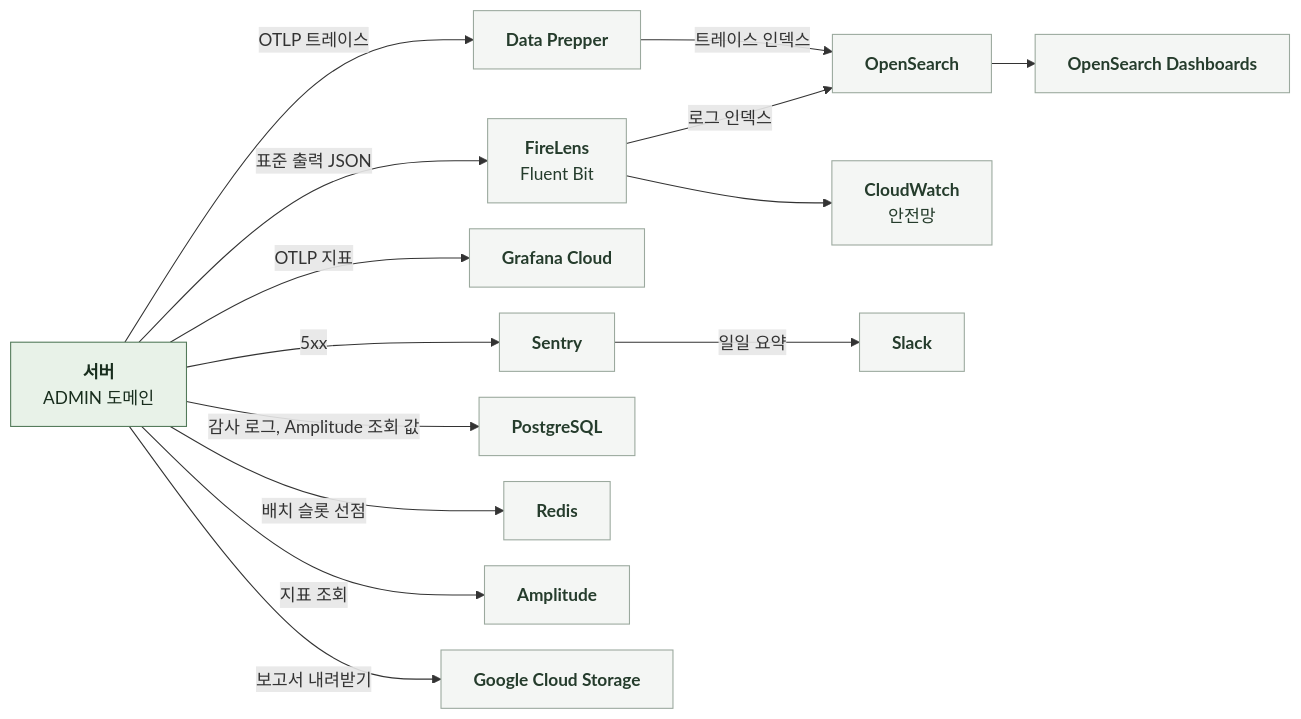
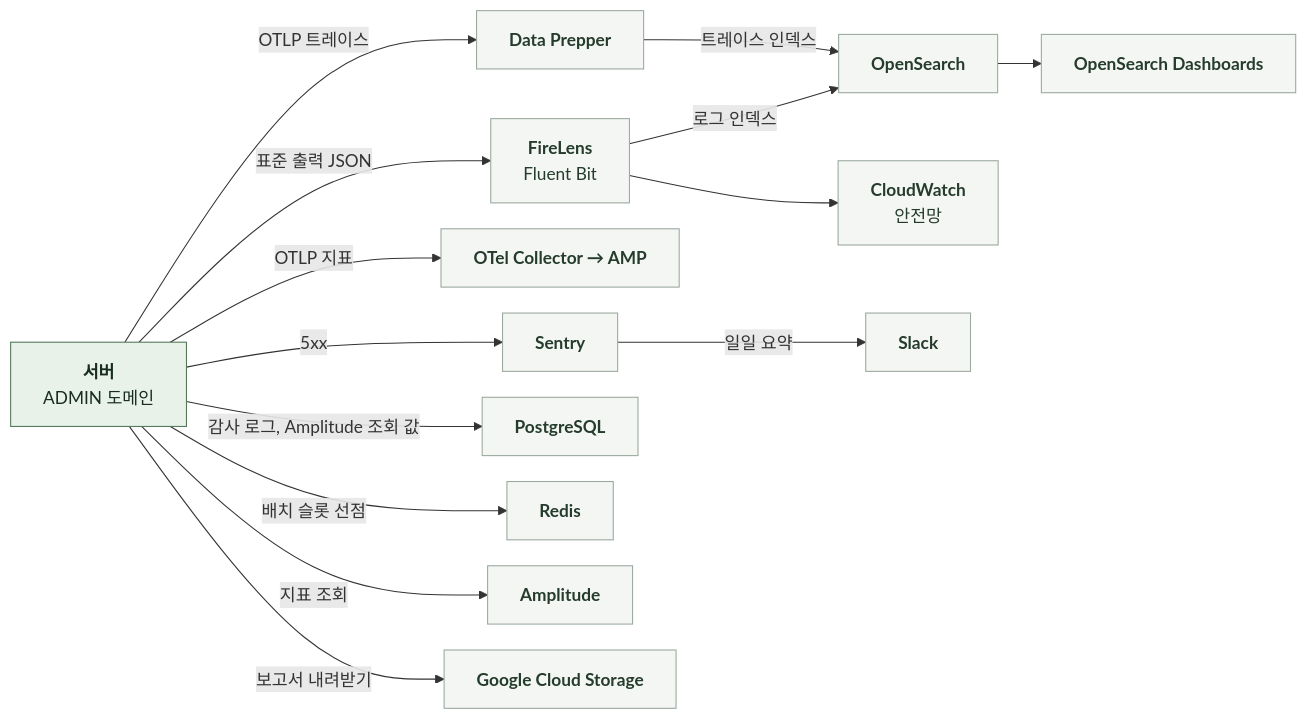
Before and after one commit to KIM-N-KANG/knk-harness: the diagram in docs/domain/ADMIN/BACKEND/5-4-OBSERVABILITY.md, drawn with Mermaid. The commit also changed other lines of this file and 18 other files, not shown here.

````diff
--- a/docs/domain/ADMIN/BACKEND/5-4-OBSERVABILITY.md
+++ b/docs/domain/ADMIN/BACKEND/5-4-OBSERVABILITY.md
@@ -11,25 +11,25 @@
 ```mermaid
 %%{init: {"flowchart": {"curve": "basis", "nodeSpacing": 24, "rankSpacing": 40}}}%%
 flowchart LR
     S["`**서버**
 ADMIN 도메인`"]
     S -->|표준 출력 JSON| F["`**FireLens**
 Fluent Bit`"]
     F -->|로그 인덱스| OS["`**OpenSearch**`"]
     F --> CW["`**CloudWatch**
 안전망`"]
     S -->|OTLP 트레이스| DP["`**Data Prepper**`"]
     DP -->|트레이스 인덱스| OS
     OS --> OD["`**OpenSearch Dashboards**`"]
-    S -->|OTLP 지표| G["`**Grafana Cloud**`"]
+    S -->|OTLP 지표| G["`**OTel Collector → AMP**`"]
     S -->|5xx| SE["`**Sentry**`"]
     SE -->|일일 요약| SL["`**Slack**`"]
     S -->|감사 로그, Amplitude 조회 값| DB["`**PostgreSQL**`"]
     S -->|배치 슬롯 선점| RD["`**Redis**`"]
     S -->|지표 조회| AM["`**Amplitude**`"]
     S -->|보고서 내려받기| GCS["`**Google Cloud Storage**`"]
     classDef comp fill:#E8F2E8,stroke:#527A59,color:#182D1D
     classDef ext fill:#F4F6F4,stroke:#9BA99E,color:#253C2C
     class S comp
     class F,OS,CW,DP,OD,G,SE,SL,DB,RD,AM,GCS ext
 ```
````
